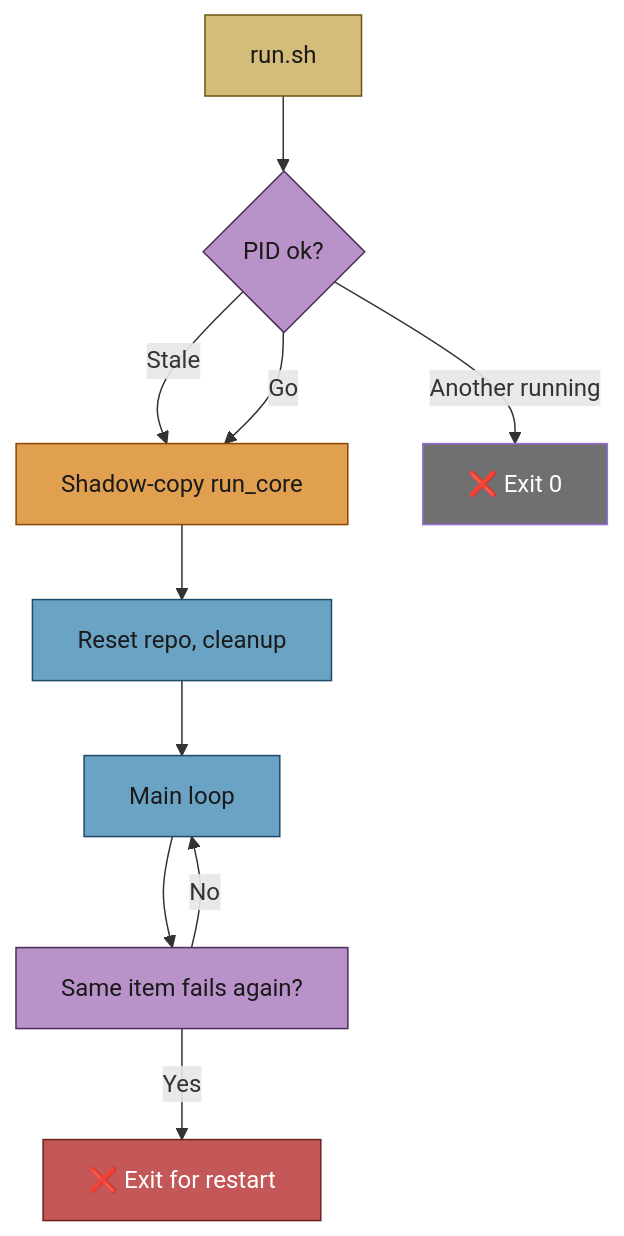
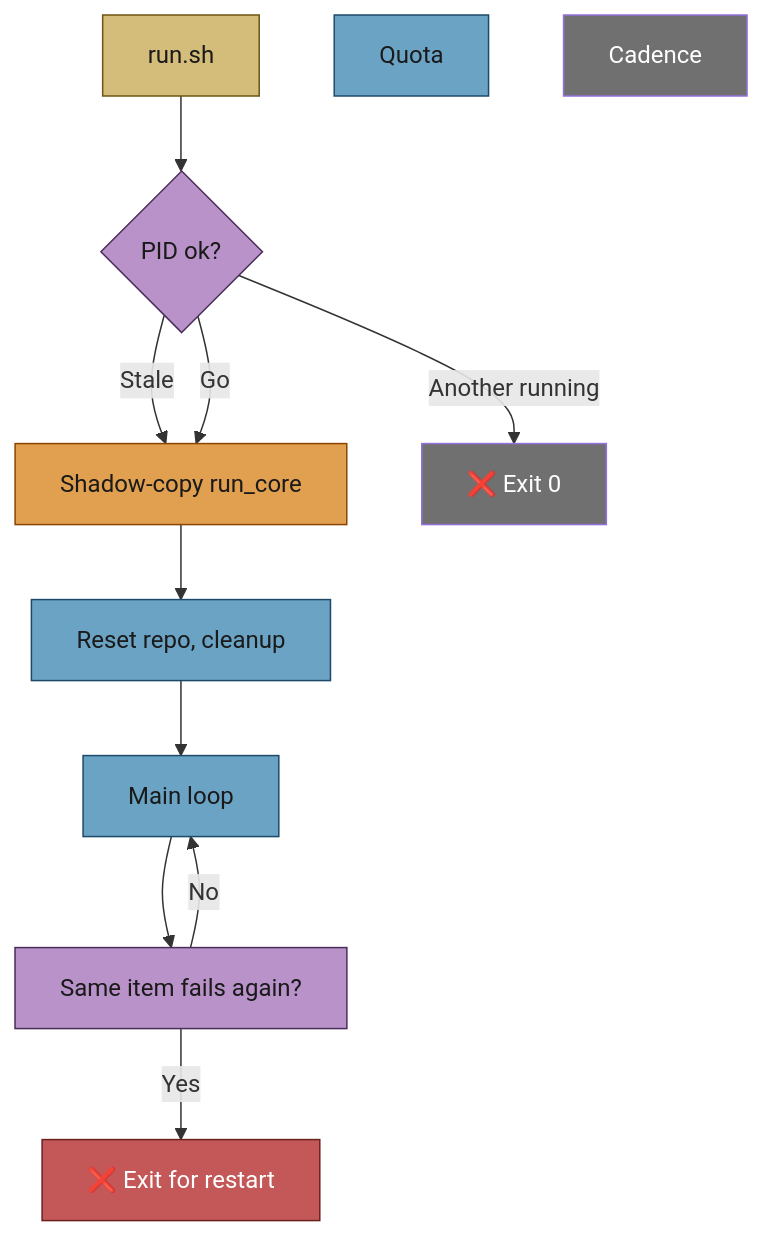
Before and after one commit to stSoftwareAU/VibeCoder: the first of 6 diagrams in docs/workflows/resilience-and-concurrency.md, drawn with Mermaid. The commit also changed other lines of this file and 15 other files, not shown here.

````diff
--- a/docs/workflows/resilience-and-concurrency.md
+++ b/docs/workflows/resilience-and-concurrency.md
@@ -11,27 +11,29 @@
 ```mermaid
 flowchart TD
   Start["run.sh"]
   Pid{PID ok?}
   Copy["Shadow-copy run_core"]
   Reset["Reset repo, cleanup"]
   Loop["Main loop"]
   Fail["Same item fails again?"]
   Exit["❌ Exit for restart"]
   Start --> Pid
   Pid -->|Another running| Out["❌ Exit 0"]
   Pid -->|Stale| Copy
   Pid -->|Go| Copy
   Copy --> Reset
   Reset --> Loop
   Loop --> Fail
   Fail -->|Yes| Exit
   Fail -->|No| Loop
   style Start fill:#d4bc7a,stroke:#6b5510,color:#1a1a1a
   style Pid fill:#b892c8,stroke:#4a2d5a,color:#1a1a1a
   style Copy fill:#e0a050,stroke:#8b4500,color:#1a1a1a
   style Reset fill:#6ba3c4,stroke:#1d4a6a,color:#1a1a1a
+  style Quota fill:#6ba3c4,stroke:#1d4a6a,color:#1a1a1a
+  style Cadence fill:#707070,stroke:,color:#fff
   style Loop fill:#6ba3c4,stroke:#1d4a6a,color:#1a1a1a
   style Fail fill:#b892c8,stroke:#4a2d5a,color:#1a1a1a
   style Exit fill:#c45858,stroke:#6b2020,color:#fff
   style Out fill:#707070,stroke:,color:#fff
 ```
````
